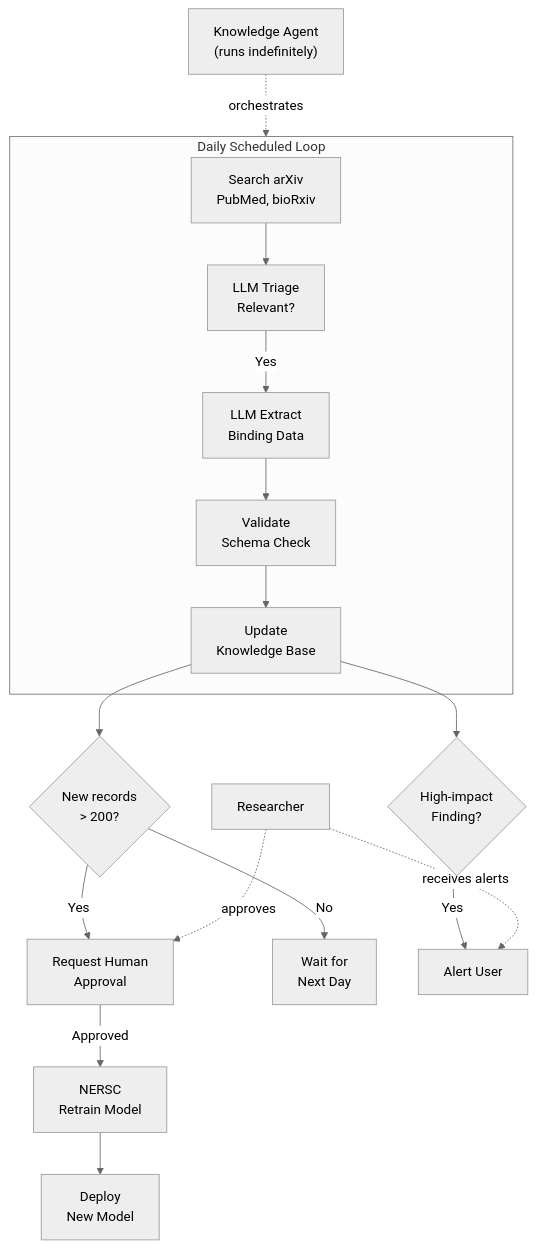
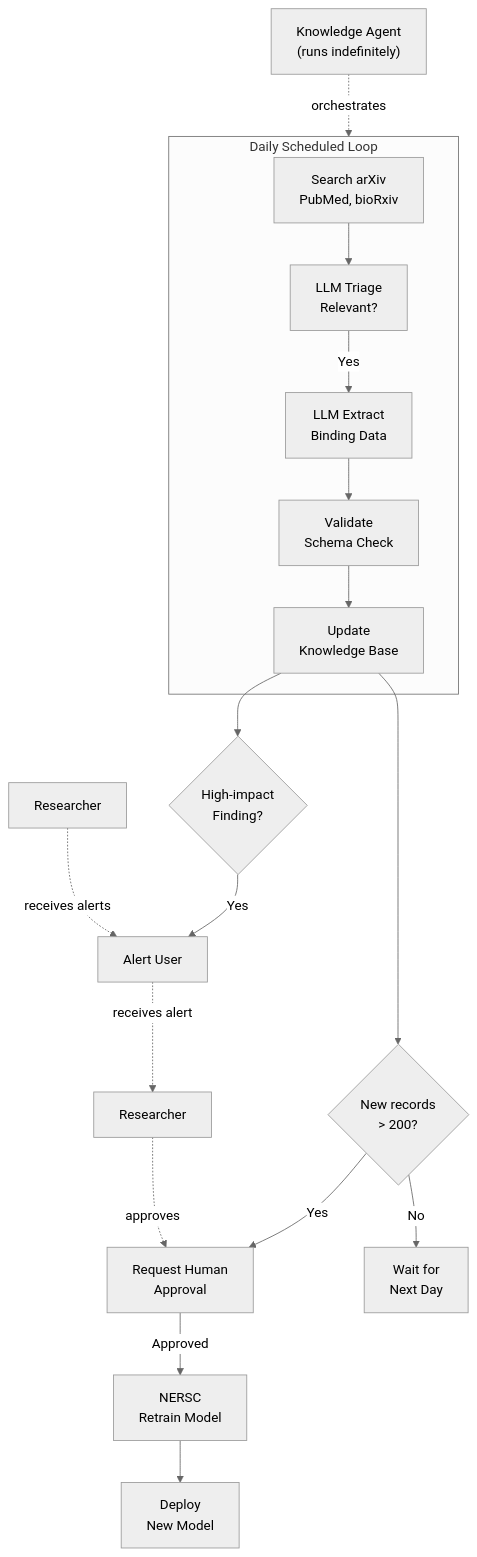
Before and after one commit to agents4science/agents4science.github.io: the second of 5 diagrams in DOE_Agent_Requirements/index.md, drawn with Mermaid (neutral theme).

Commit message:
change arrow

````diff
--- a/DOE_Agent_Requirements/index.md
+++ b/DOE_Agent_Requirements/index.md
@@ -104,22 +104,23 @@
 ```mermaid
 flowchart TB
     subgraph Daily["Daily Scheduled Loop"]
         Search["Search arXiv\nPubMed, bioRxiv"] --> Filter["LLM Triage\nRelevant?"]
         Filter -->|"Yes"| Extract["LLM Extract\nBinding Data"]
         Extract --> Validate["Validate\nSchema Check"]
         Validate --> KB["Update\nKnowledge Base"]
     end
 
     KB --> Check{"New records\n> 200?"}
     Check -->|"Yes"| Approval["Request Human\nApproval"]
     Approval -->|"Approved"| Retrain["NERSC\nRetrain Model"]
     Retrain --> Deploy["Deploy\nNew Model"]
     Check -->|"No"| Wait["Wait for\nNext Day"]
 
     KB --> Alert{"High-impact\nFinding?"}
     Alert -->|"Yes"| Notify["Alert User"]
 
     Agent["Knowledge Agent\n(runs indefinitely)"] -.->|"orchestrates"| Daily
-    User["Researcher"] -.->|"receives alerts"| Notify
+    #User["Researcher"] -.->|"receives alerts"| Notify
+    Notify -.->|"receives alert"| User["Researcher"] 
     User -.->|"approves"| Approval
 ```
````
